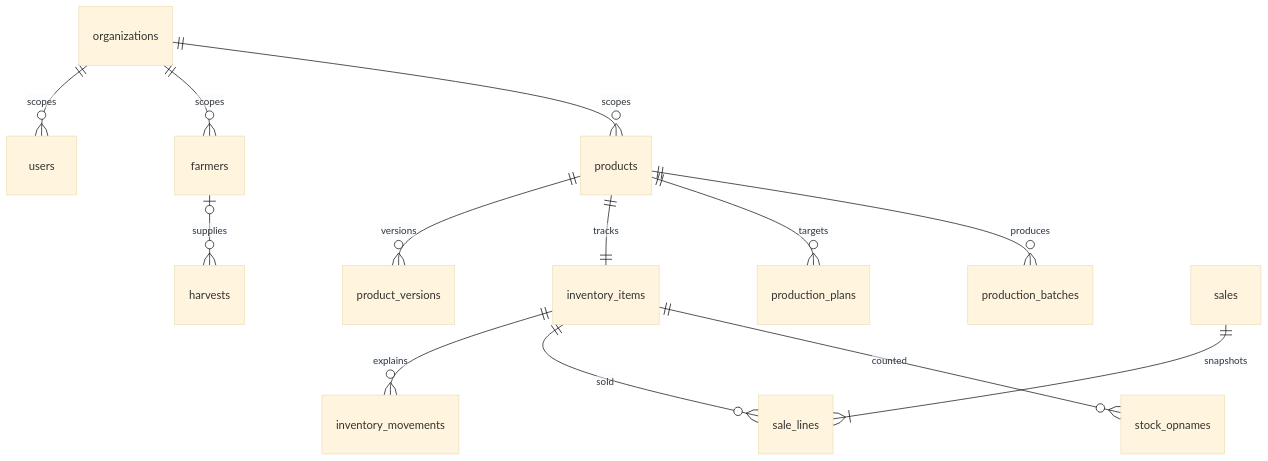
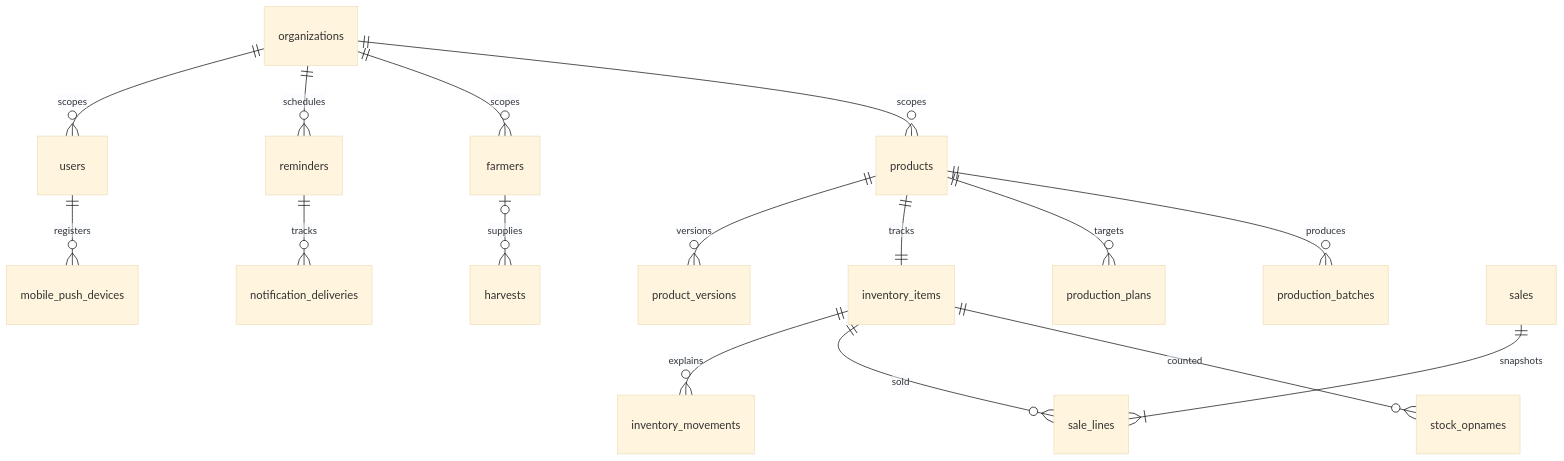
Before and after one commit to Siskaumami/Kelompok-Tani-Podokoyo: the diagram in docs/04-database-design.md, drawn with Mermaid (base theme). The commit also changed other lines of this file and 32 other files, not shown here.

````diff
--- a/docs/04-database-design.md
+++ b/docs/04-database-design.md
@@ -9,15 +9,18 @@
 ```mermaid
 erDiagram
   organizations ||--o{ users : scopes
+  users ||--o{ mobile_push_devices : registers
+  organizations ||--o{ reminders : schedules
+  reminders ||--o{ notification_deliveries : tracks
   organizations ||--o{ farmers : scopes
   organizations ||--o{ products : scopes
   products ||--o{ product_versions : versions
   products ||--|| inventory_items : tracks
   inventory_items ||--o{ inventory_movements : explains
   farmers o|--o{ harvests : supplies
   products ||--o{ production_plans : targets
   products ||--o{ production_batches : produces
   sales ||--|{ sale_lines : snapshots
   inventory_items ||--o{ sale_lines : sold
   inventory_items ||--o{ stock_opnames : counted
 ```
````
